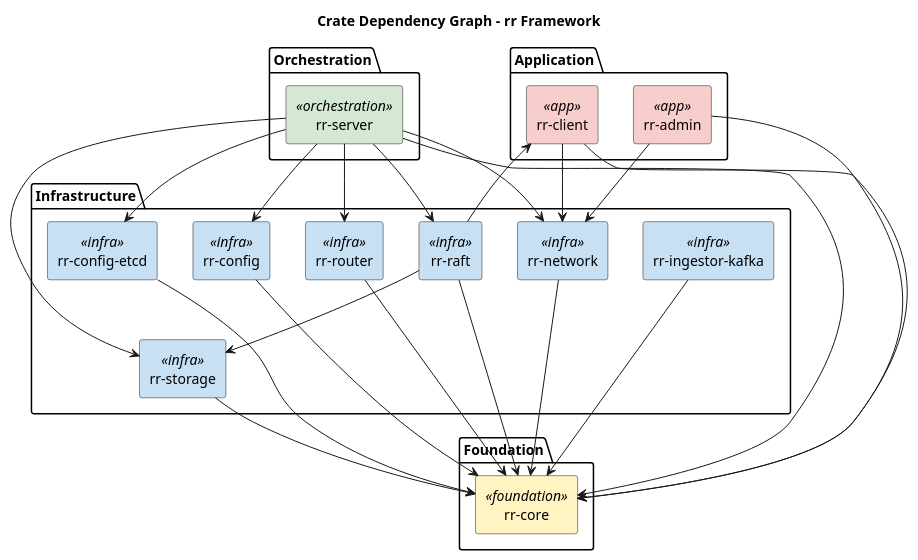
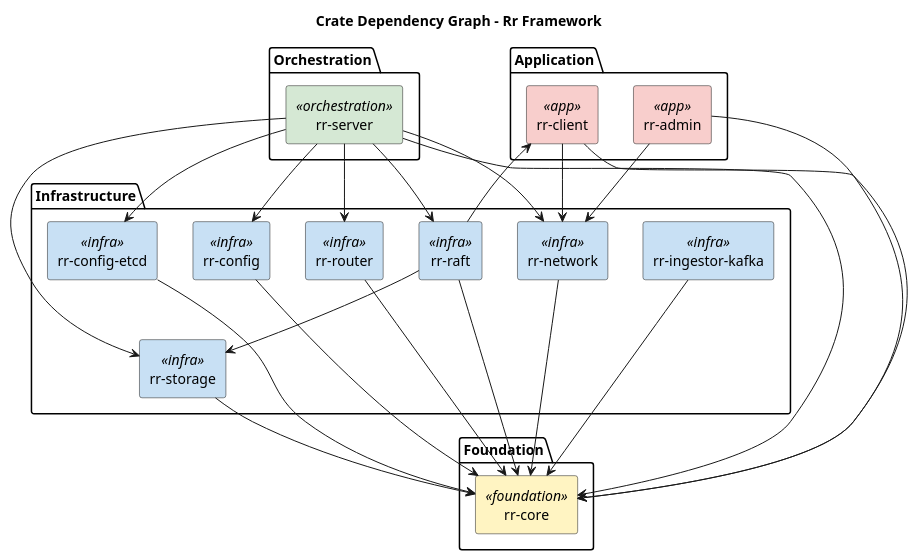
Before and after one commit to gardenias/rr: the diagram in docs/docs/architecture/crate-map.md, drawn with PlantUML. The commit also changed 79 other files, not shown here.

````diff
--- a/docs/docs/architecture/crate-map.md
+++ b/docs/docs/architecture/crate-map.md
@@ -24,59 +24,59 @@
 ```plantuml
 @startuml
-title Crate Dependency Graph - rr Framework
+title Crate Dependency Graph - Rr Framework
 
 skinparam componentStyle rectangle
 skinparam component {
   BackgroundColor<<foundation>> #FFF4C2
   BackgroundColor<<infra>> #C8E0F4
   BackgroundColor<<orchestration>> #D5E8D4
   BackgroundColor<<app>> #F8CECC
 }
 
 package "Foundation" {
   [rr-core] <<foundation>>
 }
 
 package "Infrastructure" {
   [rr-config] <<infra>>
   [rr-config-etcd] <<infra>>
   [rr-storage] <<infra>>
   [rr-raft] <<infra>>
   [rr-network] <<infra>>
   [rr-router] <<infra>>
   [rr-ingestor-kafka] <<infra>>
 }
 
 package "Orchestration" {
   [rr-server] <<orchestration>>
 }
 
 package "Application" {
   [rr-client] <<app>>
   [rr-admin] <<app>>
 }
 
 [rr-config] --> [rr-core]
 [rr-config-etcd] --> [rr-core]
 [rr-storage] --> [rr-core]
 [rr-raft] --> [rr-core]
 [rr-raft] --> [rr-storage]
 [rr-raft] --> [rr-client]
 [rr-network] --> [rr-core]
 [rr-router] --> [rr-core]
 [rr-ingestor-kafka] --> [rr-core]
 
 [rr-server] --> [rr-core]
 [rr-server] --> [rr-raft]
 [rr-server] --> [rr-network]
 [rr-server] --> [rr-router]
 [rr-server] --> [rr-config]
 [rr-server] --> [rr-config-etcd]
 [rr-server] --> [rr-storage]
 
 [rr-client] --> [rr-core]
 [rr-client] --> [rr-network]
 [rr-admin] --> [rr-core]
 [rr-admin] --> [rr-network]
 @enduml
 ```
````
